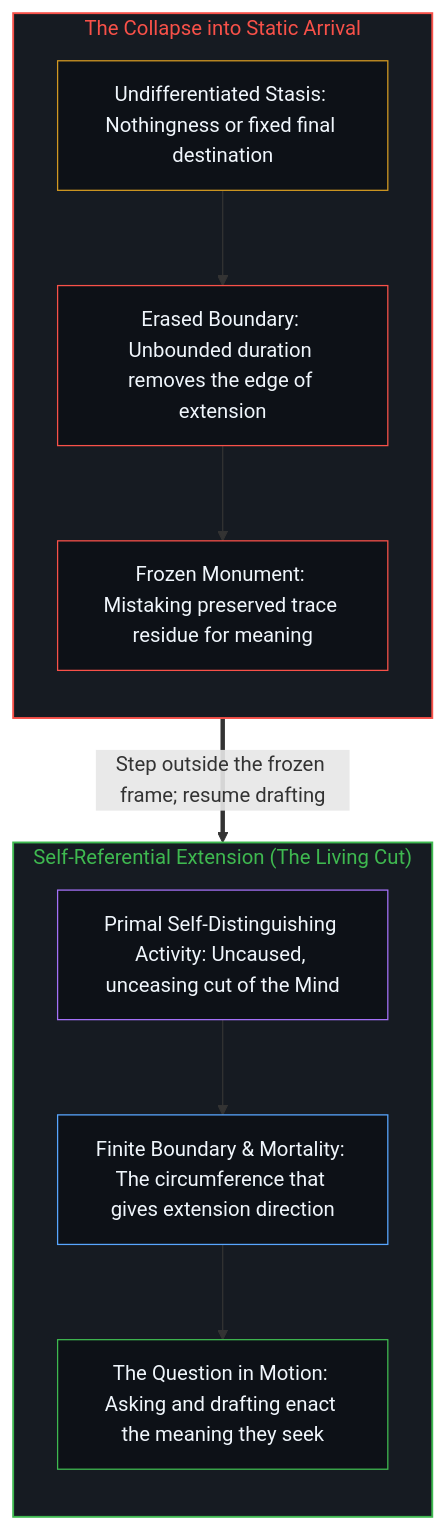
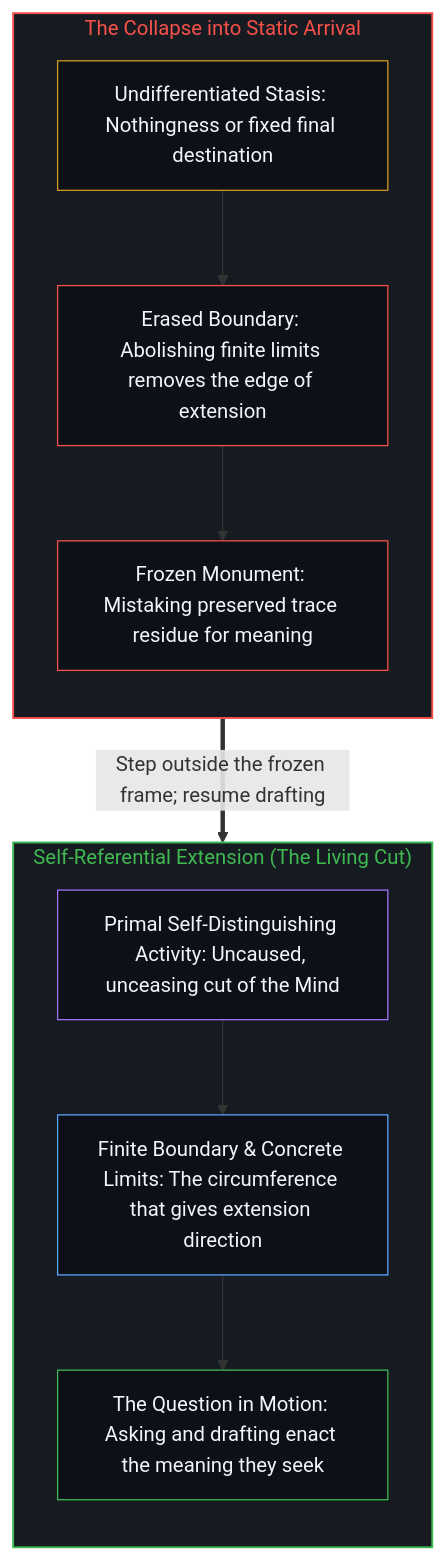
The second of 2 diagrams in content/posts/meaning-of-life-refined.md (powerpig99/not-a-toe), drawn with Mermaid before and after one commit. The commit also changed other lines of this file and 6 other files, not shown here.

````diff
--- a/content/posts/meaning-of-life-refined.md
+++ b/content/posts/meaning-of-life-refined.md
@@ -56,26 +56,26 @@
 ```mermaid
 flowchart TD
     subgraph S_Stasis["The Collapse into Static Arrival"]
         direction TB
         C_Void["Undifferentiated Stasis: Nothingness or fixed final destination"]
-        C_Bound["Erased Boundary: Unbounded duration removes the edge of extension"]
+        C_Bound["Erased Boundary: Abolishing finite limits removes the edge of extension"]
         C_Freeze["Frozen Monument: Mistaking preserved trace residue for meaning"]
         C_Void --> C_Bound --> C_Freeze
     end
     subgraph S_Live["Self-Referential Extension (The Living Cut)"]
         direction TB
         L_Act["Primal Self-Distinguishing Activity: Uncaused, unceasing cut of the Mind"]
-        L_Edge["Finite Boundary & Mortality: The circumference that gives extension direction"]
+        L_Edge["Finite Boundary & Concrete Limits: The circumference that gives extension direction"]
         L_Ask["The Question in Motion: Asking and drafting enact the meaning they seek"]
         L_Act --> L_Edge --> L_Ask
     end
     C_Freeze ==>|"Step outside the frozen frame; resume drafting"| L_Act
     style S_Stasis fill:#161b22,stroke:#f85149,stroke-width:1.5px,color:#f85149
     style S_Live fill:#161b22,stroke:#3fb950,stroke-width:1.5px,color:#3fb950
     style C_Void fill:#0d1117,stroke:#d29922,stroke-width:1px,color:#f0f6fc
     style C_Bound fill:#0d1117,stroke:#f85149,stroke-width:1px,color:#f0f6fc
     style C_Freeze fill:#0d1117,stroke:#f85149,stroke-width:1px,color:#f0f6fc
     style L_Act fill:#0d1117,stroke:#a371f7,stroke-width:1px,color:#f0f6fc
     style L_Edge fill:#0d1117,stroke:#58a6ff,stroke-width:1px,color:#f0f6fc
     style L_Ask fill:#0d1117,stroke:#3fb950,stroke-width:1px,color:#f0f6fc
 ```
````
